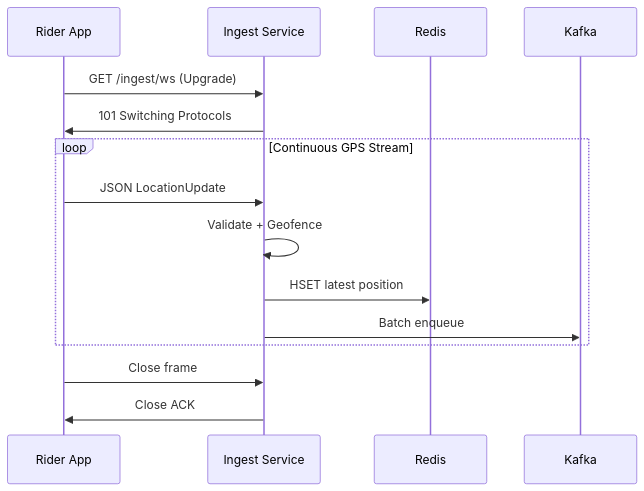
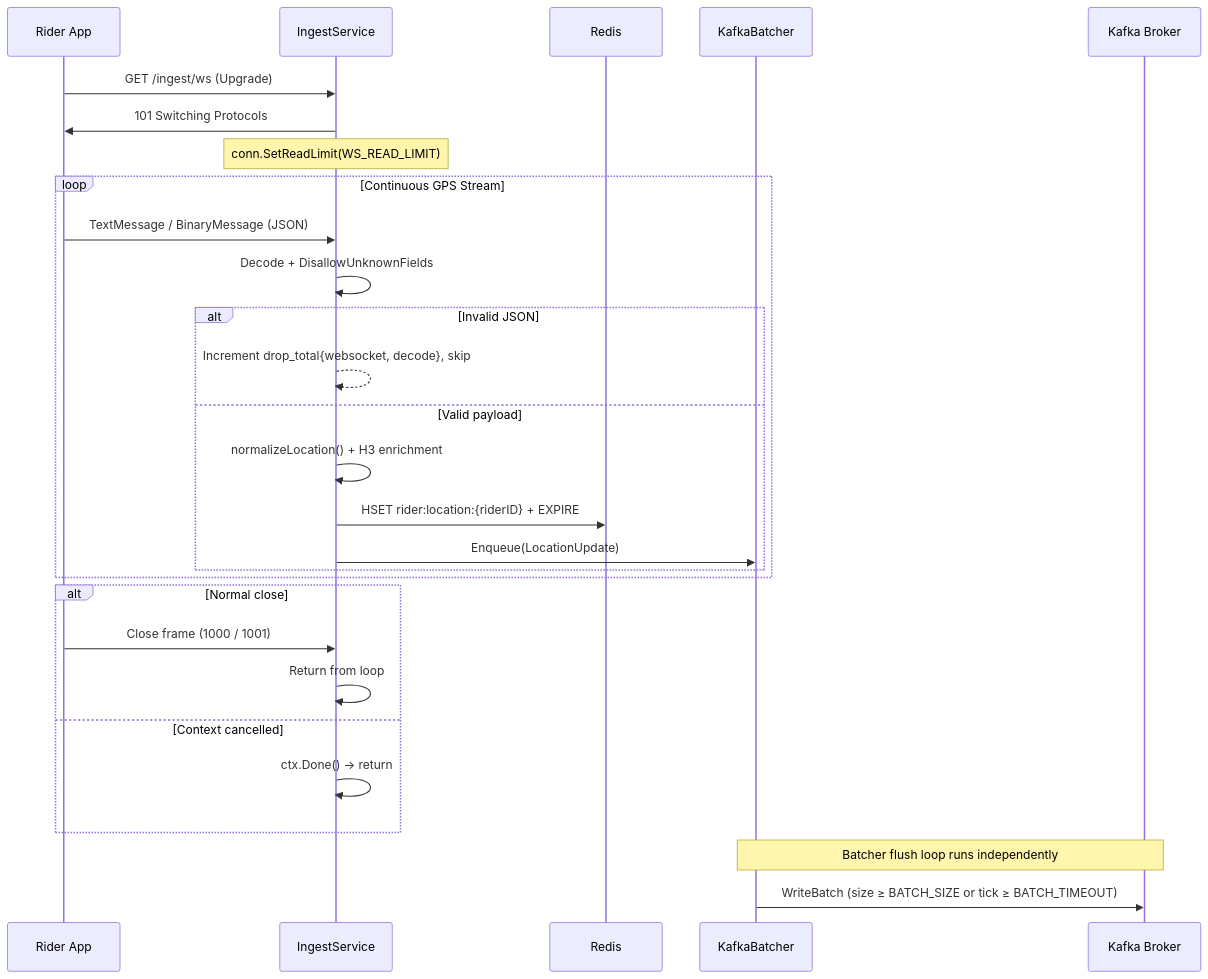
The fourth of 5 diagrams in services/location-ingestion-service/README.md (sunitakeazycommerz-a11y/InstaCommerce), drawn with Mermaid before and after one commit. The commit also changed other lines of this file and 2 other files, not shown here.

Commit message:
docs(logistics): deepen dark-store service guides

````diff
--- a/services/location-ingestion-service/README.md
+++ b/services/location-ingestion-service/README.md
@@ -40,18 +257,34 @@
 ```mermaid
 sequenceDiagram
     participant R as Rider App
-    participant S as Ingest Service
+    participant S as IngestService
     participant RE as Redis
-    participant KF as Kafka
+    participant KB as KafkaBatcher
+    participant KF as Kafka Broker
 
     R->>S: GET /ingest/ws (Upgrade)
     S->>R: 101 Switching Protocols
+    Note over S: conn.SetReadLimit(WS_READ_LIMIT)
+
     loop Continuous GPS Stream
-        R->>S: JSON LocationUpdate
-        S->>S: Validate + Geofence
-        S->>RE: HSET latest position
-        S->>KF: Batch enqueue
+        R->>S: TextMessage / BinaryMessage (JSON)
+        S->>S: Decode + DisallowUnknownFields
+        alt Invalid JSON
+            S-->>S: Increment drop_total{websocket, decode}, skip
+        else Valid payload
+            S->>S: normalizeLocation() + H3 enrichment
+            S->>RE: HSET rider:location:{riderID} + EXPIRE
+            S->>KB: Enqueue(LocationUpdate)
+        end
     end
-    R->>S: Close frame
-    S->>R: Close ACK
+
+    alt Normal close
+        R->>S: Close frame (1000 / 1001)
+        S->>S: Return from loop
+    else Context cancelled
+        S->>S: ctx.Done() → return
+    end
+
+    Note over KB,KF: Batcher flush loop runs independently
+    KB->>KF: WriteBatch (size ≥ BATCH_SIZE or tick ≥ BATCH_TIMEOUT)
 ```
````
